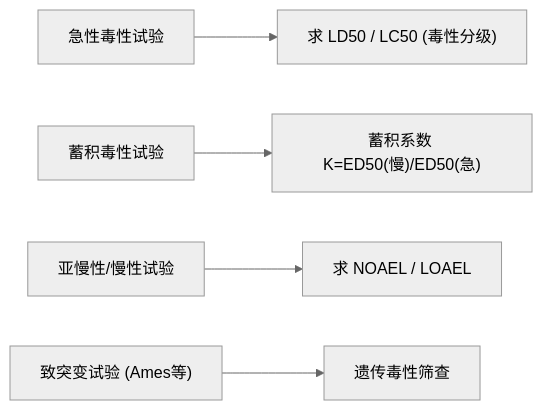
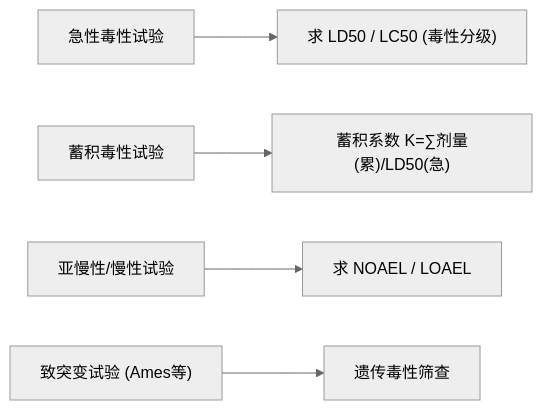
One commit to dao-genesis/xuexi-fuxi changed the sixth of 7 diagrams in 环境毒理学/03_解析成果/_例题精解.md. Above: the diagram before and after it, drawn with Mermaid (neutral theme). The commit also changed other lines of this file and 2 other files, not shown here.

````diff
--- a/环境毒理学/03_解析成果/_例题精解.md
+++ b/环境毒理学/03_解析成果/_例题精解.md
@@ -152,7 +202,7 @@
 ```mermaid
 flowchart LR
     A["急性毒性试验"] --> A1["求 LD50 / LC50 (毒性分级)"]
-    B["蓄积毒性试验"] --> B1["蓄积系数 K=ED50(慢)/ED50(急)"]
+    B["蓄积毒性试验"] --> B1["蓄积系数 K=∑剂量(累)/LD50(急)"]
     C["亚慢性/慢性试验"] --> C1["求 NOAEL / LOAEL"]
     D["致突变试验 (Ames等)"] --> D1["遗传毒性筛查"]
 ```
````
